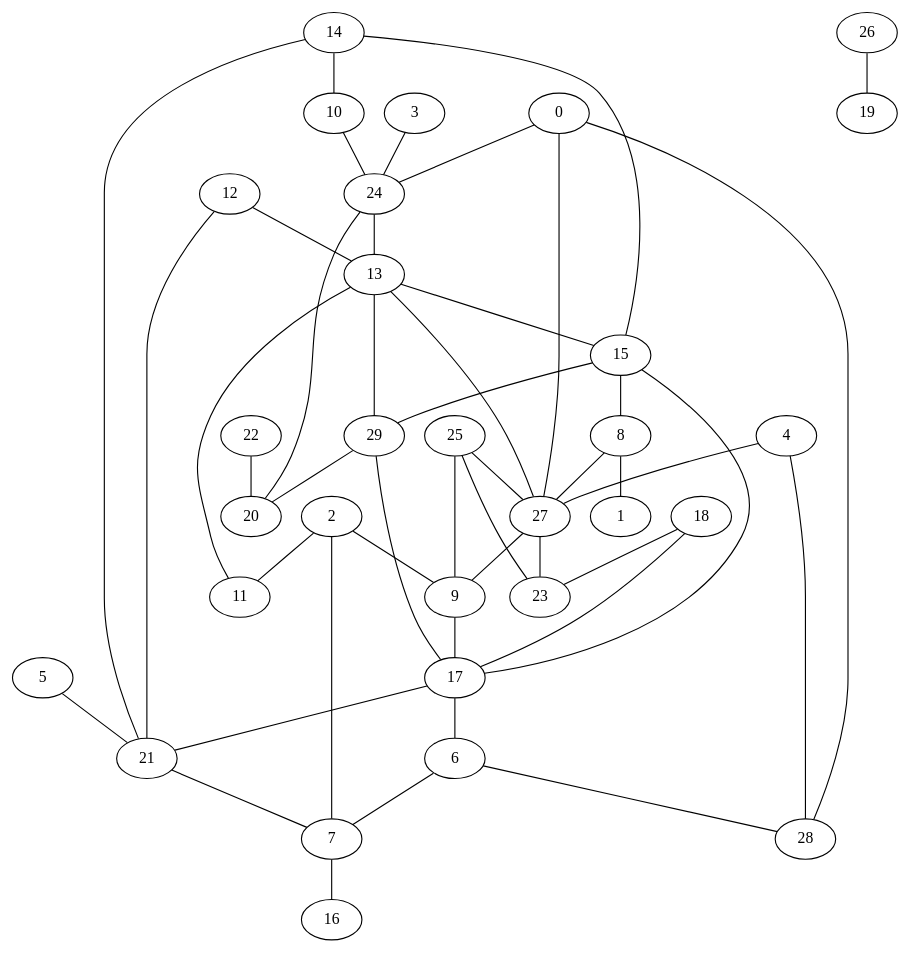
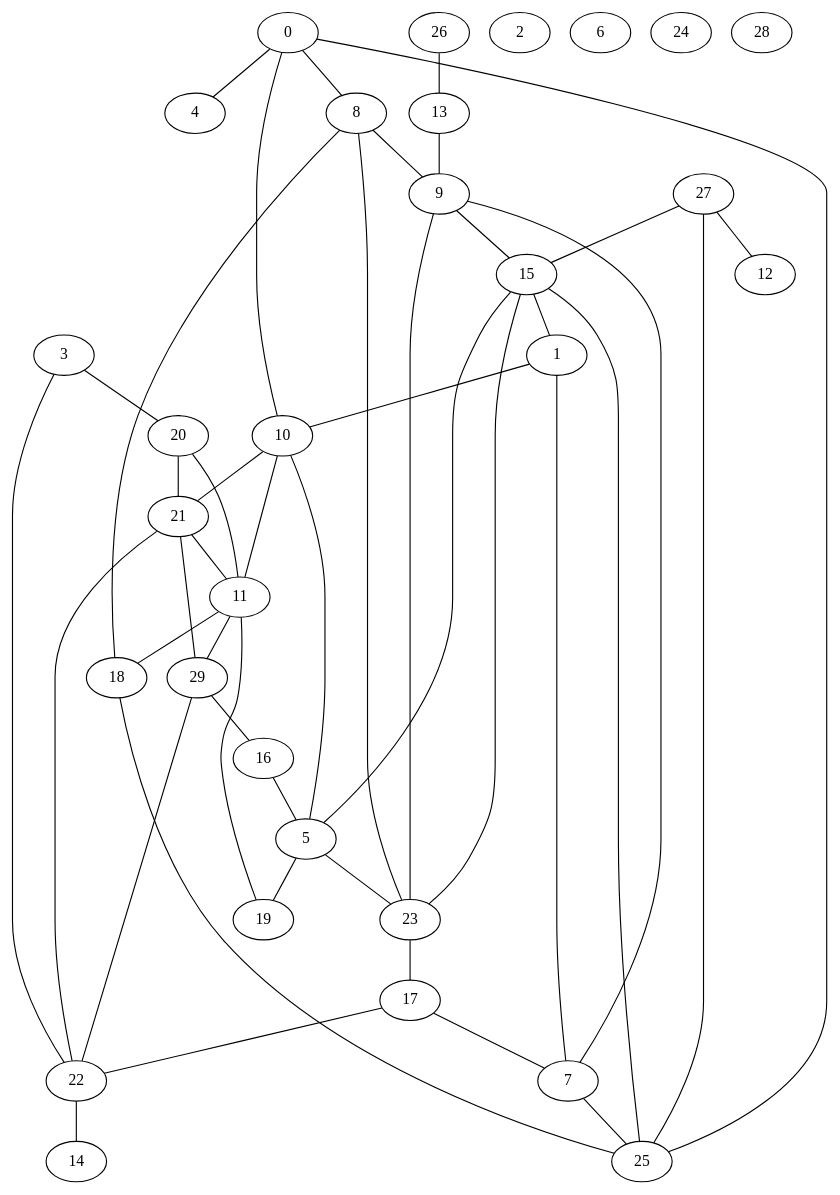
Before and after one commit to OmarAlejandroLinares/ProyectoDAA: the diagram in gv/Erdos_Rengy_30x45.gv, drawn with Graphviz. The commit also changed 76 other files, not shown here.

```diff
--- a/gv/Erdos_Rengy_30x45.gv
+++ b/gv/Erdos_Rengy_30x45.gv
@@ -1,77 +1,77 @@
 graph {
 	0 [label=0]
 	1 [label=1]
 	2 [label=2]
 	3 [label=3]
 	4 [label=4]
 	5 [label=5]
 	6 [label=6]
 	7 [label=7]
 	8 [label=8]
 	9 [label=9]
 	10 [label=10]
 	11 [label=11]
 	12 [label=12]
 	13 [label=13]
 	14 [label=14]
 	15 [label=15]
 	16 [label=16]
 	17 [label=17]
 	18 [label=18]
 	19 [label=19]
 	20 [label=20]
 	21 [label=21]
 	22 [label=22]
 	23 [label=23]
 	24 [label=24]
 	25 [label=25]
 	26 [label=26]
 	27 [label=27]
 	28 [label=28]
 	29 [label=29]
-	18 -- 23
-	4 -- 27
-	10 -- 24
-	24 -- 13
-	9 -- 17
-	20 -- 24
-	14 -- 10
-	13 -- 27
-	17 -- 6
-	0 -- 24
-	13 -- 15
-	17 -- 21
-	25 -- 27
-	26 -- 19
-	29 -- 13
-	18 -- 17
-	12 -- 21
-	21 -- 7
-	15 -- 17
-	27 -- 0
-	22 -- 20
-	7 -- 16
-	6 -- 28
-	5 -- 21
-	4 -- 28
-	29 -- 20
-	29 -- 17
-	13 -- 11
-	8 -- 1
-	15 -- 8
-	2 -- 9
-	25 -- 23
-	27 -- 9
-	0 -- 28
-	6 -- 7
-	12 -- 13
-	3 -- 24
-	25 -- 9
-	15 -- 29
-	27 -- 23
-	2 -- 11
-	2 -- 7
-	14 -- 15
-	8 -- 27
-	14 -- 21
+	27 -- 15
+	23 -- 17
+	3 -- 20
+	16 -- 5
+	27 -- 25
+	7 -- 1
+	1 -- 10
+	8 -- 18
+	11 -- 29
+	5 -- 19
+	3 -- 22
+	23 -- 9
+	9 -- 15
+	15 -- 23
+	8 -- 9
+	23 -- 8
+	27 -- 12
+	21 -- 11
+	15 -- 1
+	10 -- 21
+	5 -- 23
+	20 -- 21
+	13 -- 9
+	21 -- 29
+	0 -- 8
+	10 -- 0
+	11 -- 18
+	0 -- 25
+	26 -- 13
+	21 -- 22
+	20 -- 11
+	7 -- 25
+	10 -- 5
+	19 -- 11
+	17 -- 7
+	7 -- 9
+	29 -- 22
+	22 -- 14
+	25 -- 15
+	5 -- 15
+	29 -- 16
+	0 -- 4
+	18 -- 25
+	10 -- 11
+	17 -- 22
 }
```
